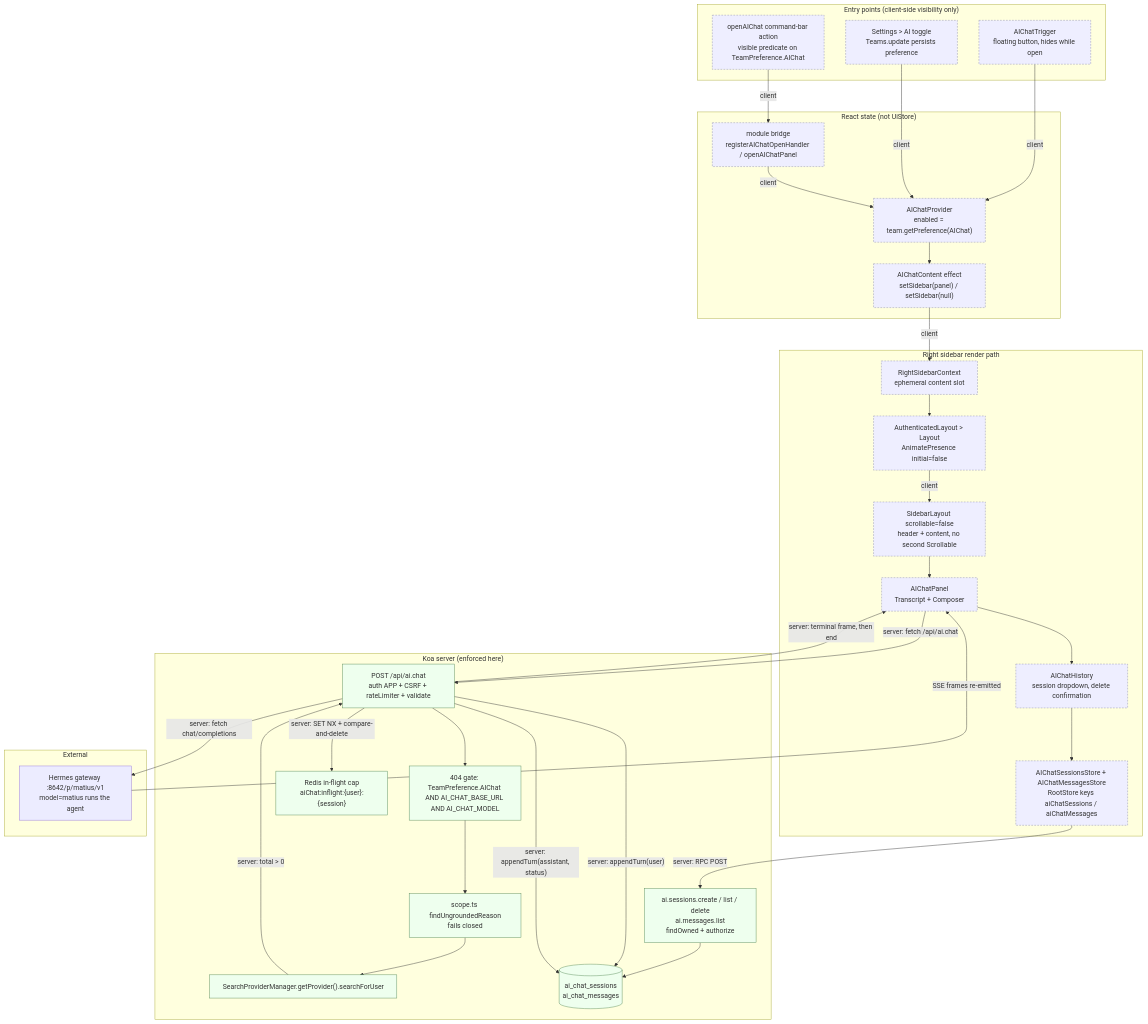
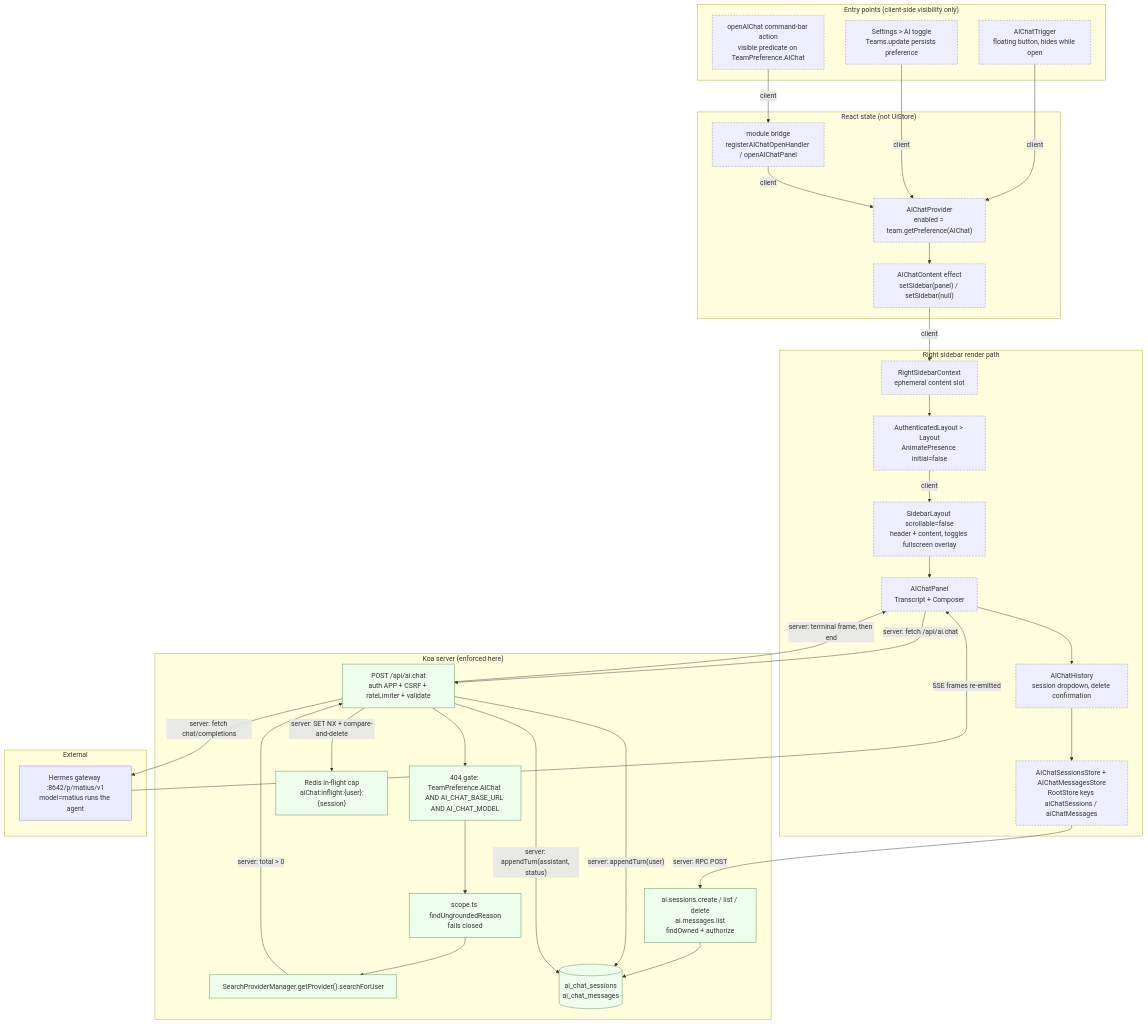
One commit to donichristian/outline-ygpkb changed the second of 2 diagrams in docs/AI-CHAT-DESIGN.md. Above: the diagram before and after it, drawn with Mermaid. The commit also changed other lines of this file and 1 other file, not shown here.

First line of the commit message:
docs(ai-chat): cover the grounding flag, the reasoning contract and fullscreen

````diff
--- a/docs/AI-CHAT-DESIGN.md
+++ b/docs/AI-CHAT-DESIGN.md
@@ -520,67 +552,67 @@
 ```mermaid
 flowchart TD
     subgraph entry["Entry points (client-side visibility only)"]
         Trigger["AIChatTrigger<br/>floating button, hides while open"]
         Action["openAIChat command-bar action<br/>visible predicate on TeamPreference.AIChat"]
         Toggle["Settings > AI toggle<br/>Teams.update persists preference"]
     end
 
     subgraph state["React state (not UiStore)"]
         Provider["AIChatProvider<br/>enabled = team.getPreference(AIChat)"]
         Bridge["module bridge<br/>registerAIChatOpenHandler / openAIChatPanel"]
         Content["AIChatContent effect<br/>setSidebar(panel) / setSidebar(null)"]
     end
 
 subgraph render["Right sidebar render path"]
 SidebarCtx["RightSidebarContext<br/>ephemeral content slot"]
 Layout["AuthenticatedLayout > Layout<br/>AnimatePresence initial=false"]
-SidebarLayout["SidebarLayout scrollable=false<br/>header + content, no second Scrollable"]
+SidebarLayout["SidebarLayout scrollable=false<br/>header + content, toggles fullscreen overlay"]
 Panel["AIChatPanel<br/>Transcript + Composer"]
 History["AIChatHistory<br/>session dropdown, delete confirmation"]
 Stores["AIChatSessionsStore + AIChatMessagesStore<br/>RootStore keys aiChatSessions / aiChatMessages"]
 end
 
 subgraph server["Koa server (enforced here)"]
 Route["POST /api/ai.chat<br/>auth APP + CSRF + rateLimiter + validate"]
 Gate["404 gate: TeamPreference.AIChat AND AI_CHAT_BASE_URL AND AI_CHAT_MODEL"]
 Scope["scope.ts findUngroundedReason<br/>fails closed"]
 Search["SearchProviderManager.getProvider().searchForUser"]
 Sessions["ai.sessions.create / list / delete<br/>ai.messages.list<br/>findOwned + authorize"]
 Lock["Redis in-flight cap<br/>aiChat:inflight:{user}:{session}"]
 Db[("ai_chat_sessions<br/>ai_chat_messages")]
 end
 
 subgraph external["External"]
 Hermes["Hermes gateway :8642/p/matius/v1<br/>model=matius runs the agent"]
 end
 
 Trigger -->|"client"| Provider
 Action -->|"client"| Bridge
 Toggle -->|"client"| Provider
 Bridge -->|"client"| Provider
 Provider --> Content
 Content -->|"client"| SidebarCtx
 SidebarCtx --> Layout
 Layout -->|"client"| SidebarLayout
 SidebarLayout --> Panel
 Panel --> History
 History --> Stores
 Panel -->|"server: fetch /api/ai.chat"| Route
 Stores -->|"server: RPC POST"| Sessions
 Sessions --> Db
 Route --> Gate
 Gate --> Scope
 Scope --> Search
 Search -->|"server: total > 0"| Route
 Route -->|"server: SET NX + compare-and-delete"| Lock
 Route -->|"server: appendTurn(user)"| Db
 Route -->|"server: appendTurn(assistant, status)"| Db
 Route -->|"server: terminal frame, then end"| Panel
 Route -->|"server: fetch chat/completions"| Hermes
 Hermes -->|"SSE frames re-emitted"| Panel
 
 classDef clientOnly fill:#eef,stroke:#88a,stroke-dasharray:4 3
 classDef serverSide fill:#efe,stroke:#585
 class Trigger,Action,Toggle,Provider,Bridge,Content,SidebarCtx,Layout,SidebarLayout,Panel,History,Stores clientOnly
 class Route,Gate,Scope,Search,Sessions,Lock,Db serverSide
 ```
````
